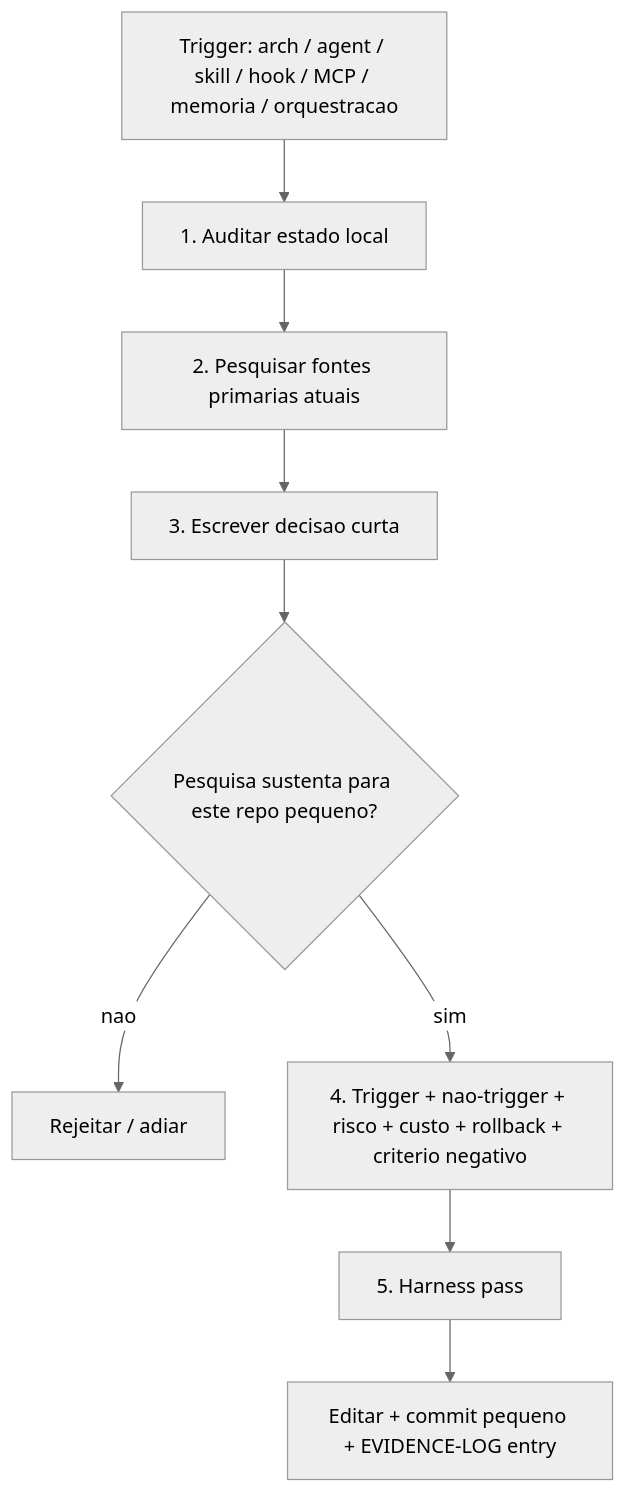
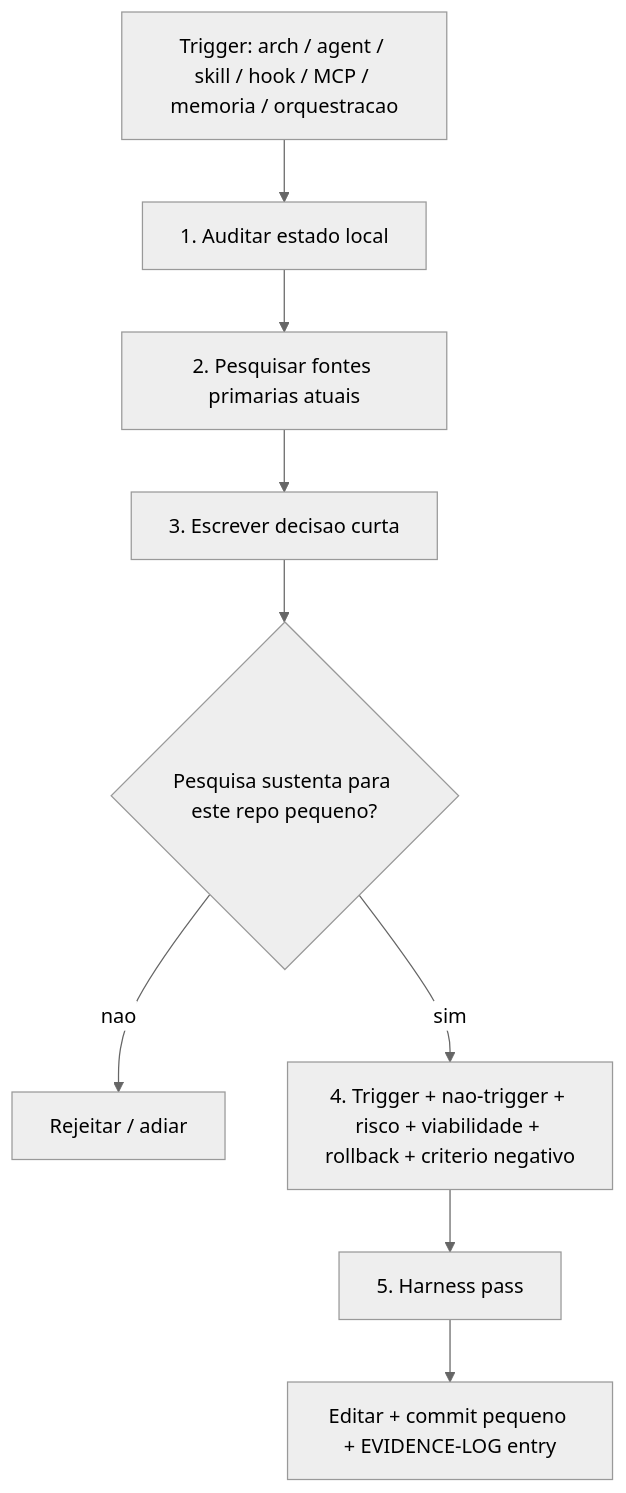
The second of 3 diagrams in README.md (lucasmiachon-blip/OLMO_PROMETEUS), drawn with Mermaid (neutral theme) before and after one commit. The commit also changed 29 other files, not shown here.

````diff
--- a/README.md
+++ b/README.md
@@ -62,11 +62,11 @@
 ```mermaid
 flowchart TD
     A[Trigger: arch / agent / skill / hook / MCP / memoria / orquestracao] --> B[1. Auditar estado local]
     B --> C[2. Pesquisar fontes primarias atuais]
     C --> D[3. Escrever decisao curta]
     D --> E{Pesquisa sustenta para este repo pequeno?}
     E -->|nao| R[Rejeitar / adiar]
-    E -->|sim| F[4. Trigger + nao-trigger + risco + custo + rollback + criterio negativo]
+    E -->|sim| F[4. Trigger + nao-trigger + risco + viabilidade + rollback + criterio negativo]
     F --> G[5. Harness pass]
     G --> H[Editar + commit pequeno + EVIDENCE-LOG entry]
 ```
````
